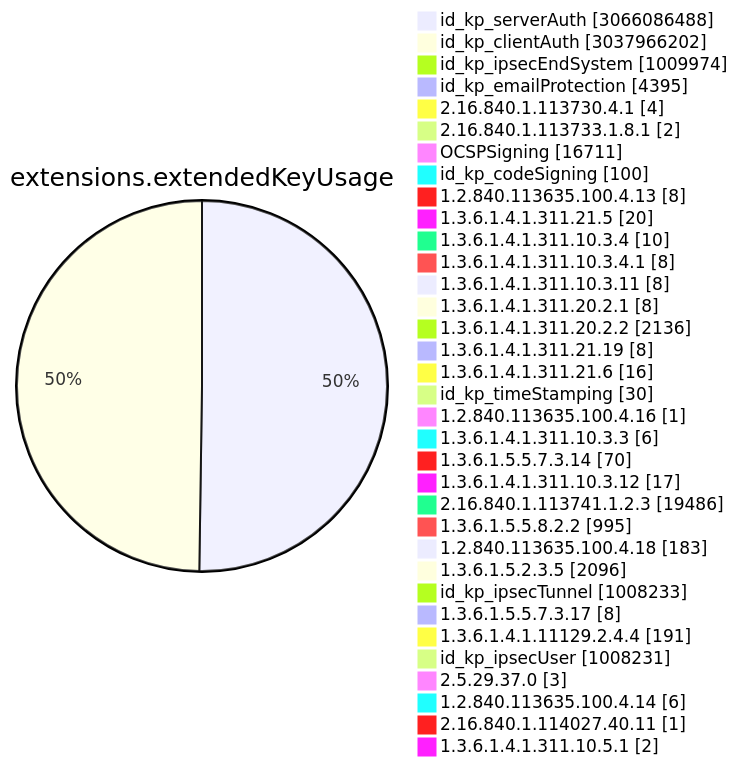
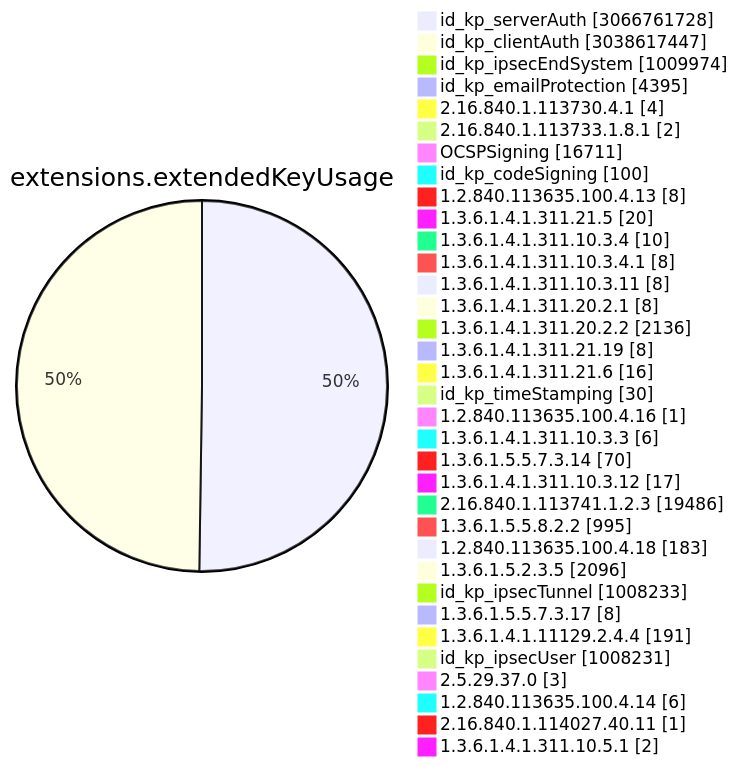
Diagram 11 of 15 in TOTAL/README.md (christiankrug/ctmonitor_visualization), drawn with Mermaid before and after one commit. The commit also changed other lines of this file, not shown here.

````diff
--- a/TOTAL/README.md
+++ b/TOTAL/README.md
@@ -4119,38 +4119,38 @@
 ```mermaid
 pie showData
 title extensions.extendedKeyUsage
-"id_kp_serverAuth" :3066086488
-"id_kp_clientAuth" :3037966202
+"id_kp_serverAuth" :3066761728
+"id_kp_clientAuth" :3038617447
 "id_kp_ipsecEndSystem" :1009974
 "id_kp_emailProtection" :4395
 "2.16.840.1.113730.4.1" :4
 "2.16.840.1.113733.1.8.1" :2
 "OCSPSigning" :16711
 "id_kp_codeSigning" :100
 "1.2.840.113635.100.4.13" :8
 "1.3.6.1.4.1.311.21.5" :20
 "1.3.6.1.4.1.311.10.3.4" :10
 "1.3.6.1.4.1.311.10.3.4.1" :8
 "1.3.6.1.4.1.311.10.3.11" :8
 "1.3.6.1.4.1.311.20.2.1" :8
 "1.3.6.1.4.1.311.20.2.2" :2136
 "1.3.6.1.4.1.311.21.19" :8
 "1.3.6.1.4.1.311.21.6" :16
 "id_kp_timeStamping" :30
 "1.2.840.113635.100.4.16" :1
 "1.3.6.1.4.1.311.10.3.3" :6
 "1.3.6.1.5.5.7.3.14" :70
 "1.3.6.1.4.1.311.10.3.12" :17
 "2.16.840.1.113741.1.2.3" :19486
 "1.3.6.1.5.5.8.2.2" :995
 "1.2.840.113635.100.4.18" :183
 "1.3.6.1.5.2.3.5" :2096
 "id_kp_ipsecTunnel" :1008233
 "1.3.6.1.5.5.7.3.17" :8
 "1.3.6.1.4.1.11129.2.4.4" :191
 "id_kp_ipsecUser" :1008231
 "2.5.29.37.0" :3
 "1.2.840.113635.100.4.14" :6
 "2.16.840.1.114027.40.11" :1
 "1.3.6.1.4.1.311.10.5.1" :2
 ```
````
